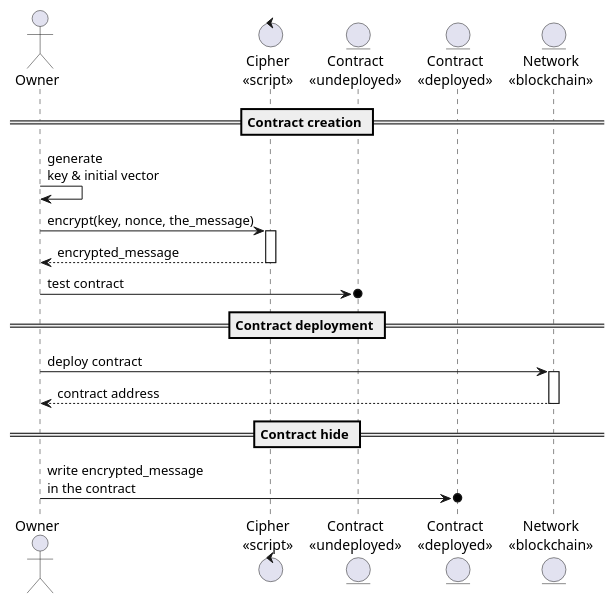
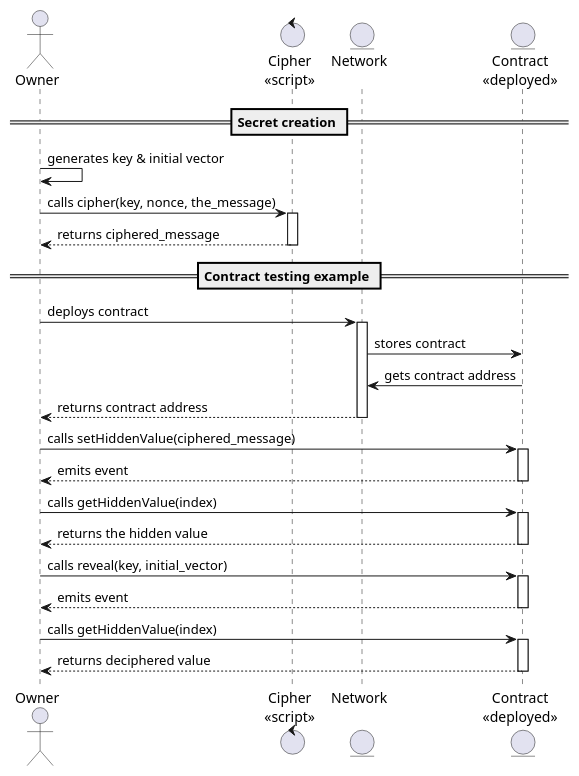
One commit to bortch/Revealable changed the diagram in docs/Contract_creation_SeqDiag.puml. Above: the diagram before and after it, drawn with PlantUML. The commit also changed 3 other files, not shown here.

```diff
--- a/docs/Contract_creation_SeqDiag.puml
+++ b/docs/Contract_creation_SeqDiag.puml
@@ -1,29 +1,40 @@
 @startuml
 
 'autonumber
 actor       Owner           as o
 control     "Cipher\n<<script>>"   as cipher
-entity      "Contract\n<<undeployed>>"       as contract
+entity      "Network\n "         as net
 entity      "Contract\n<<deployed>>"       as d_contract
-entity      "Network\n<<blockchain>>"         as net
 
-== Contract creation ==
-o -> o : generate\nkey & initial vector
-o -> cipher : encrypt(key, nonce, the_message)
+== Secret creation ==
+o -> o : generates key & initial vector
+o -> cipher : calls cipher(key, nonce, the_message)
 activate cipher
-cipher --> o : encrypted_message
+cipher --> o : returns ciphered_message
 deactivate cipher
-o ->o contract : test contract
 
-== Contract deployment ==
-
-o -> net : deploy contract
+== Contract testing example ==
+o-> net: deploys contract
 activate net
-net --> o : contract address
+net -> d_contract : stores contract
+d_contract -> net : gets contract address
+net --> o : returns contract address
 deactivate net
-
-== Contract hide ==
-
-o ->o d_contract : write encrypted_message\nin the contract
+o -> d_contract : calls setHiddenValue(ciphered_message)
+activate d_contract
+d_contract --> o : emits event
+deactivate d_contract
+o -> d_contract : calls getHiddenValue(index)
+activate d_contract
+d_contract --> o : returns the hidden value
+deactivate d_contract
+o-> d_contract: calls reveal(key, initial_vector)
+activate d_contract
+d_contract --> o : emits event
+deactivate d_contract
+o -> d_contract : calls getHiddenValue(index)
+activate d_contract
+d_contract --> o : returns deciphered value
+deactivate d_contract
 
 @enduml
```
